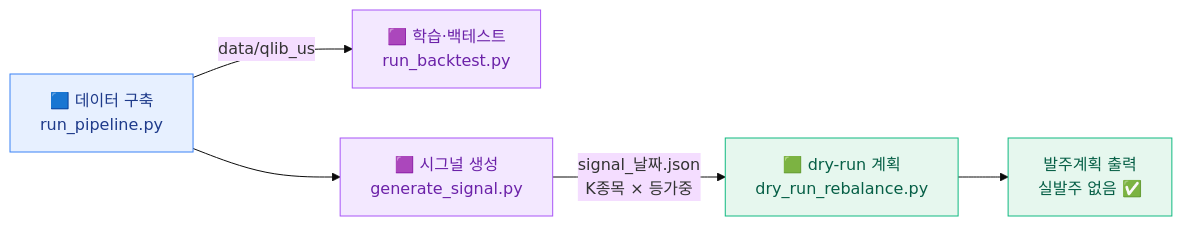
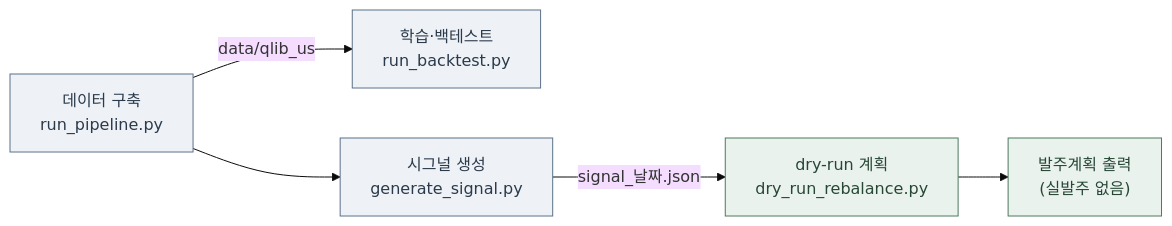
Before and after one commit to perfectwan8765/auto-stock-trader: the second of 3 diagrams in ARCHITECTURE.md, drawn with Mermaid (base theme). The commit also changed other lines of this file and 1 other file, not shown here.

First line of the commit message:
docs: README·ARCHITECTURE 톤 정리 (이모지·과장 표현 제거)

````diff
--- a/ARCHITECTURE.md
+++ b/ARCHITECTURE.md
@@ -61,16 +51,16 @@
 ```mermaid
 flowchart LR
-  A["🟦 데이터 구축<br/>run_pipeline.py"]:::data
-  B["🟪 학습·백테스트<br/>run_backtest.py"]:::model
-  C["🟪 시그널 생성<br/>generate_signal.py"]:::model
-  E["🟩 dry-run 계획<br/>dry_run_rebalance.py"]:::exec
+  A["데이터 구축<br/>run_pipeline.py"]:::data
+  B["학습·백테스트<br/>run_backtest.py"]:::model
+  C["시그널 생성<br/>generate_signal.py"]:::model
+  E["dry-run 계획<br/>dry_run_rebalance.py"]:::exec
 
   A -->|"data/qlib_us"| B
   A --> C
-  C -->|"signal_날짜.json<br/>K종목 × 등가중"| E
-  E --> R["발주계획 출력<br/>실발주 없음 ✅"]:::exec
+  C -->|"signal_날짜.json"| E
+  E --> R["발주계획 출력<br/>(실발주 없음)"]:::exec
 
-  classDef data fill:#e7f0ff,stroke:#3b82f6,color:#1e3a8a
-  classDef model fill:#f3e8ff,stroke:#a855f7,color:#6b21a8
-  classDef exec fill:#e6f7ee,stroke:#10b981,color:#065f46
+  classDef data fill:#eef2f7,stroke:#5b7089,color:#2b3a4a
+  classDef model fill:#eef2f7,stroke:#5b7089,color:#2b3a4a
+  classDef exec fill:#eaf2ee,stroke:#4c7a5d,color:#274736
 ```
````
